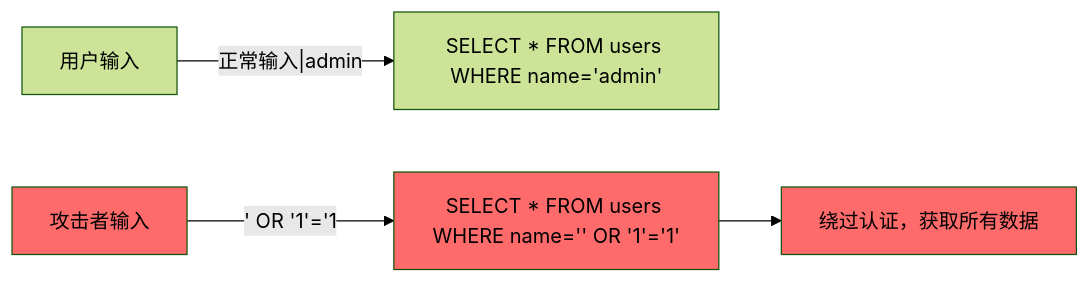
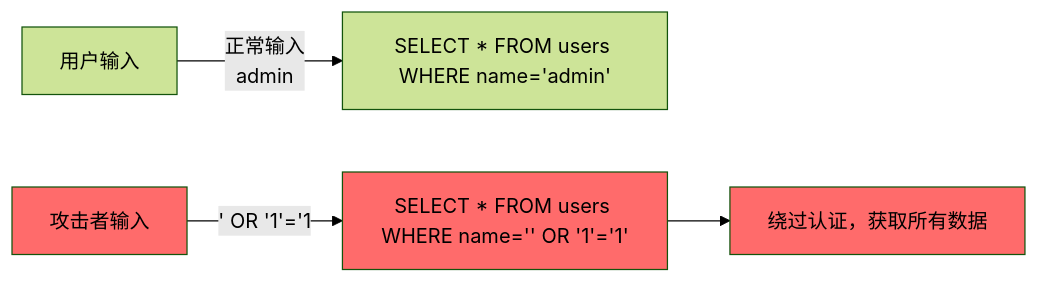
Diagram 11 of 31 in content/Js/basic/Chapter-38-web-security.md (before80/prgms), drawn with Mermaid (forest theme) before and after one commit. The commit also changed other lines of this file and 1645 other files, not shown here.

````diff
--- a/content/Js/basic/Chapter-38-web-security.md
+++ b/content/Js/basic/Chapter-38-web-security.md
@@ -845,9 +845,9 @@
 ```mermaid
 graph LR
-    A["用户输入"] -->|"正常输入|admin"| B["SELECT * FROM users WHERE name='admin'"]
+    A["用户输入"] -->|"正常输入<br/>admin"| B["SELECT * FROM users WHERE name='admin'"]
     A2["攻击者输入"] -->|"' OR '1'='1"| C["SELECT * FROM users WHERE name='' OR '1'='1'"]
     C --> D["绕过认证，获取所有数据"]
     style A2 fill:#ff6b6b
     style C fill:#ff6b6b
     style D fill:#ff6b6b
 ```
````
